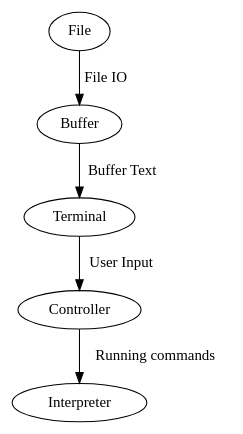
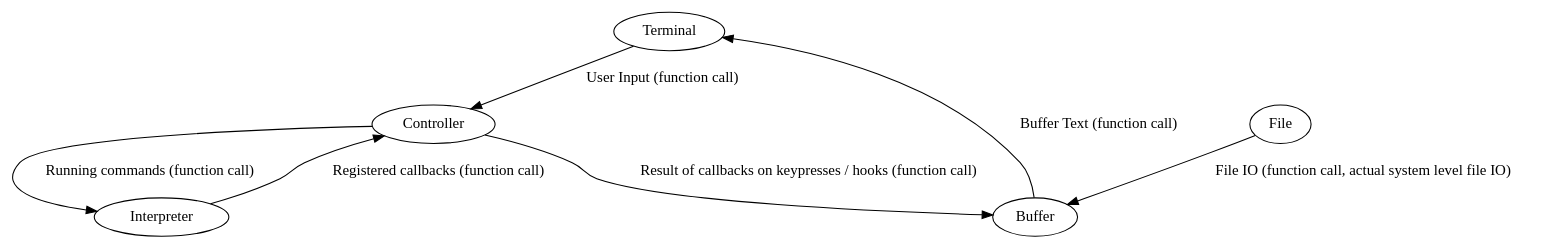
Before and after one commit to alexrenda/Omacs: the diagram in candc.dot, drawn with Graphviz. The commit also changed 1 other file, not shown here.

```diff
--- a/candc.dot
+++ b/candc.dot
@@ -1,6 +1,8 @@
 digraph candc {
-    Terminal -> Controller [label="User Input"];
-    Controller -> Interpreter [label="Running commands"];
-    File -> Buffer [label="File IO"];
-    Buffer -> Terminal [label="Buffer Text"];
+    Terminal -> Controller [label="User Input (function call)"];
+    Controller -> Interpreter [label="Running commands (function call)"];
+    File -> Buffer [label="File IO (function call, actual system level file IO)"];
+    Buffer -> Terminal [label="Buffer Text (function call)"];
+    Interpreter -> Controller [label="Registered callbacks (function call)"];
+    Controller -> Buffer [label="Result of callbacks on keypresses / hooks (function call)"];
 }
```
